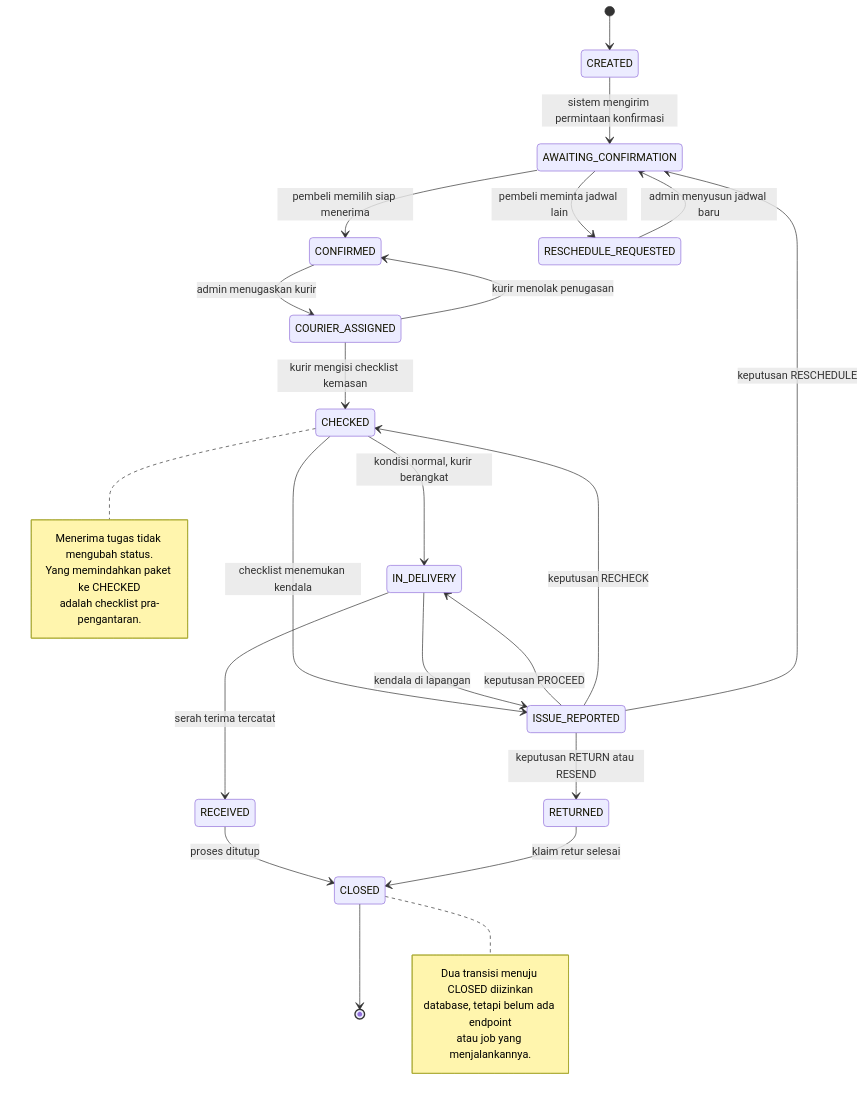
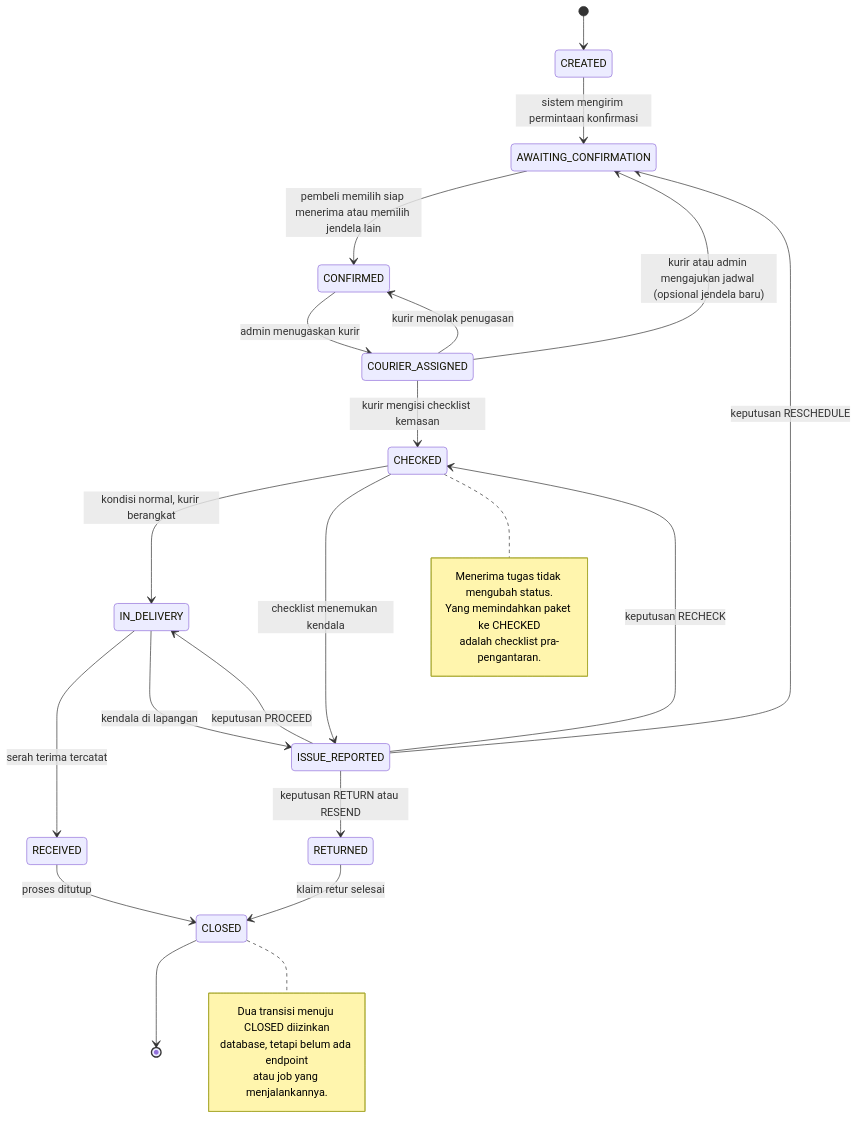
The first of 10 diagrams in docs/flowchart.md (KagChi/anteraja-hackathon), drawn with Mermaid before and after one commit. The commit also changed other lines of this file and 38 other files, not shown here.

First line of the commit message:
refactor(schedule): make schedule confirmation a shared admin/courier action

````diff
--- a/docs/flowchart.md
+++ b/docs/flowchart.md
@@ -34,33 +33,32 @@
 ```mermaid
 stateDiagram-v2
     [*] --> CREATED
     CREATED --> AWAITING_CONFIRMATION : sistem mengirim permintaan konfirmasi
-    AWAITING_CONFIRMATION --> CONFIRMED : pembeli memilih siap menerima
-    AWAITING_CONFIRMATION --> RESCHEDULE_REQUESTED : pembeli meminta jadwal lain
-    RESCHEDULE_REQUESTED --> AWAITING_CONFIRMATION : admin menyusun jadwal baru
+    AWAITING_CONFIRMATION --> CONFIRMED : pembeli memilih siap menerima atau memilih jendela lain
     CONFIRMED --> COURIER_ASSIGNED : admin menugaskan kurir
+    COURIER_ASSIGNED --> AWAITING_CONFIRMATION : kurir atau admin mengajukan jadwal (opsional jendela baru)
     COURIER_ASSIGNED --> CONFIRMED : kurir menolak penugasan
     COURIER_ASSIGNED --> CHECKED : kurir mengisi checklist kemasan
     CHECKED --> IN_DELIVERY : kondisi normal, kurir berangkat
     CHECKED --> ISSUE_REPORTED : checklist menemukan kendala
     IN_DELIVERY --> RECEIVED : serah terima tercatat
     IN_DELIVERY --> ISSUE_REPORTED : kendala di lapangan
     ISSUE_REPORTED --> IN_DELIVERY : keputusan PROCEED
     ISSUE_REPORTED --> CHECKED : keputusan RECHECK
     ISSUE_REPORTED --> AWAITING_CONFIRMATION : keputusan RESCHEDULE
     ISSUE_REPORTED --> RETURNED : keputusan RETURN atau RESEND
     RECEIVED --> CLOSED : proses ditutup
     RETURNED --> CLOSED : klaim retur selesai
     CLOSED --> [*]
 
     note right of CHECKED
         Menerima tugas tidak mengubah status.
         Yang memindahkan paket ke CHECKED
         adalah checklist pra-pengantaran.
     end note
     note right of CLOSED
         Dua transisi menuju CLOSED diizinkan
         database, tetapi belum ada endpoint
         atau job yang menjalankannya.
     end note
 ```
````
